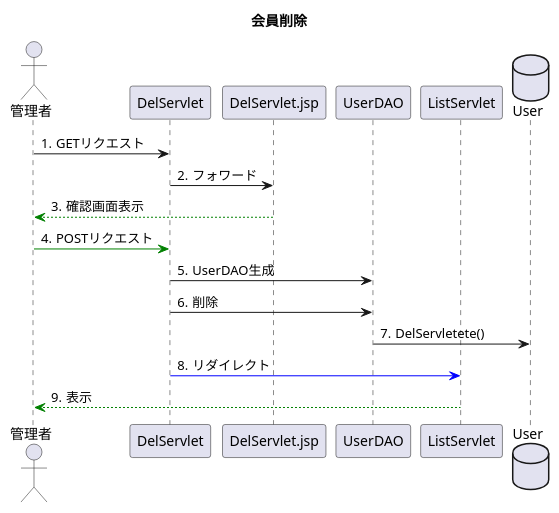
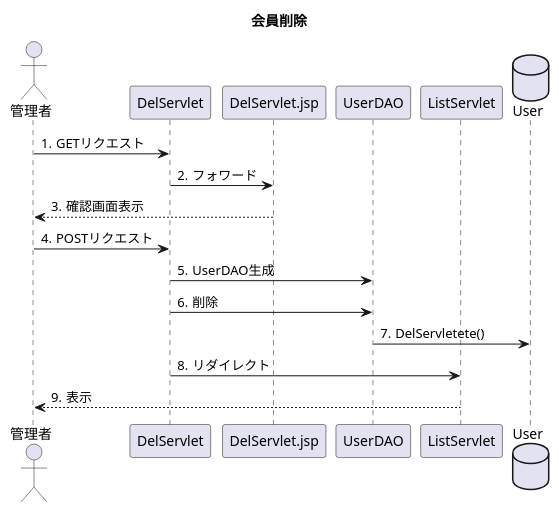
The diagram in uml_detail/seq_del.pu (toufu66/ProjectC), drawn with PlantUML before and after one commit. The commit also changed 1 other file, not shown here.

```diff
--- a/uml_detail/seq_del.pu
+++ b/uml_detail/seq_del.pu
@@ -1,19 +1,19 @@
 @startuml
 title 会員削除
 autonumber "#."
 actor 管理者
 database User
 
 
 管理者 ->DelServlet:GETリクエスト
 DelServlet -> DelServlet.jsp:フォワード
-DelServlet.jsp --[#green]> 管理者:確認画面表示
-管理者 -[#green]> DelServlet:POSTリクエスト
+DelServlet.jsp --> 管理者:確認画面表示
+管理者 -> DelServlet:POSTリクエスト
 
 DelServlet -> UserDAO:UserDAO生成
 DelServlet -> UserDAO:削除
 UserDAO -> User:DelServletete()
-DelServlet-[#blue]> ListServlet:リダイレクト
-ListServlet --[#green]> 管理者:表示
+DelServlet-> ListServlet:リダイレクト
+ListServlet --> 管理者:表示
 database User
 @enduml
```
